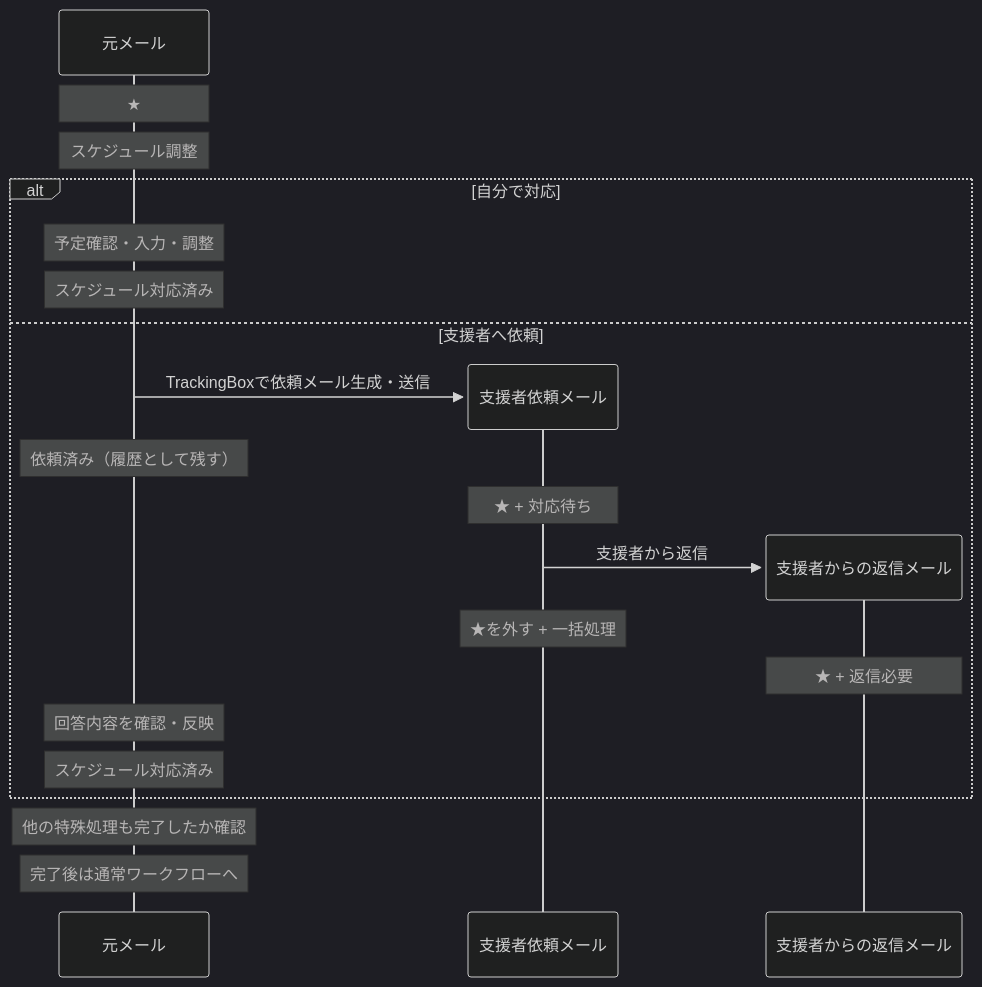
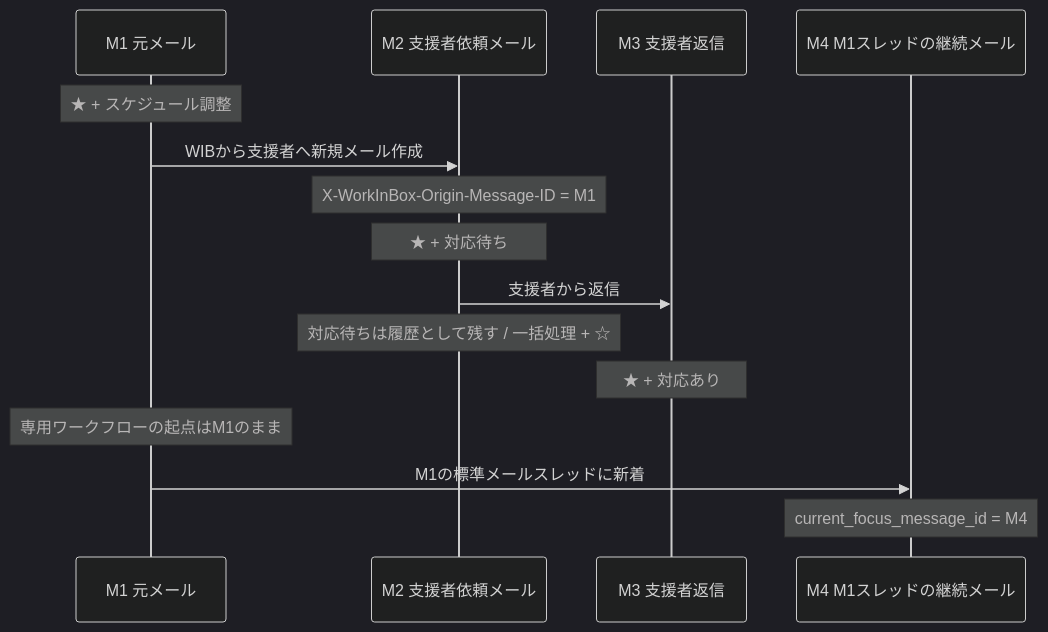
The diagram in docs/design_workflow.md (a3suger/WorkInBox), drawn with Mermaid (dark theme) before and after one commit. The commit also changed other lines of this file, not shown here.

````diff
--- a/docs/design_workflow.md
+++ b/docs/design_workflow.md
@@ -471,28 +579,18 @@
 ```mermaid
 sequenceDiagram
+    participant M1 as M1 元メール
+    participant M2 as M2 支援者依頼メール
+    participant M3 as M3 支援者返信
+    participant M4 as M4 M1スレッドの継続メール
 
-    participant M1 as 元メール
-
-    Note over M1: ★
-    Note over M1: スケジュール調整
-
-    alt 自分で対応
-        Note over M1: 予定確認・入力・調整
-        Note over M1: スケジュール対応済み
-    else 支援者へ依頼
-        create participant M2 as 支援者依頼メール
-        M1->>M2: TrackingBoxで依頼メール生成・送信
-        Note over M1: 依頼済み（履歴として残す）
-        Note over M2: ★ + 対応待ち
-
-        create participant M3 as 支援者からの返信メール
-        M2->>M3: 支援者から返信
-        Note over M2: ★を外す + 一括処理
-        Note over M3: ★ + 返信必要
-        Note over M1: 回答内容を確認・反映
-        Note over M1: スケジュール対応済み
-    end
-
-    Note over M1: 他の特殊処理も完了したか確認
-    Note over M1: 完了後は通常ワークフローへ
+    Note over M1: ★ + スケジュール調整
+    M1->>M2: WIBから支援者へ新規メール作成
+    Note over M2: X-WorkInBox-Origin-Message-ID = M1
+    Note over M2: ★ + 対応待ち
+    M2->>M3: 支援者から返信
+    Note over M2: 対応待ちは履歴として残す / 一括処理 + ☆
+    Note over M3: ★ + 対応あり
+    Note over M1: 専用ワークフローの起点はM1のまま
+    M1->>M4: M1の標準メールスレッドに新着
+    Note over M4: current_focus_message_id = M4
 ```
````
